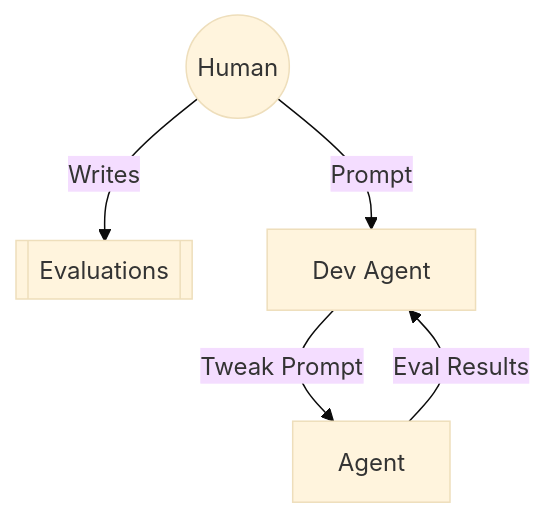
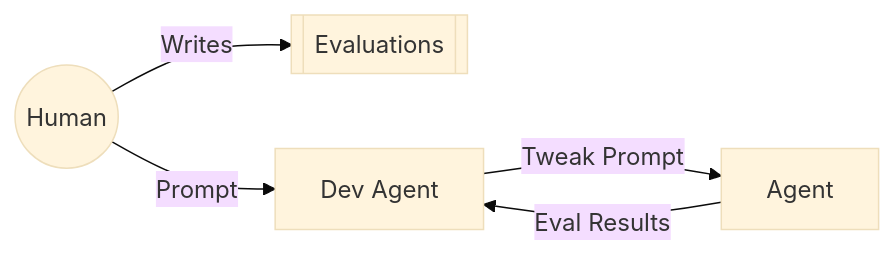
One commit to cjlludwig/cjlludwig.github.io changed the diagram in blogs/3-14-26-agents-writing-agents.md. Above: the diagram before and after it, drawn with Mermaid (base theme). The commit also changed 5 other files, not shown here.

````diff
--- a/blogs/3-14-26-agents-writing-agents.md
+++ b/blogs/3-14-26-agents-writing-agents.md
@@ -12,8 +12,8 @@
 ```mermaid
-flowchart
+flowchart LR
     human((Human))-->|Writes|evaluations
     human-->|Prompt|devAgent
     devAgent[Dev Agent]-->|Tweak Prompt|agent
     agent[Agent]-->|Eval Results|devAgent
     evaluations[[Evaluations]]
 ```
````
